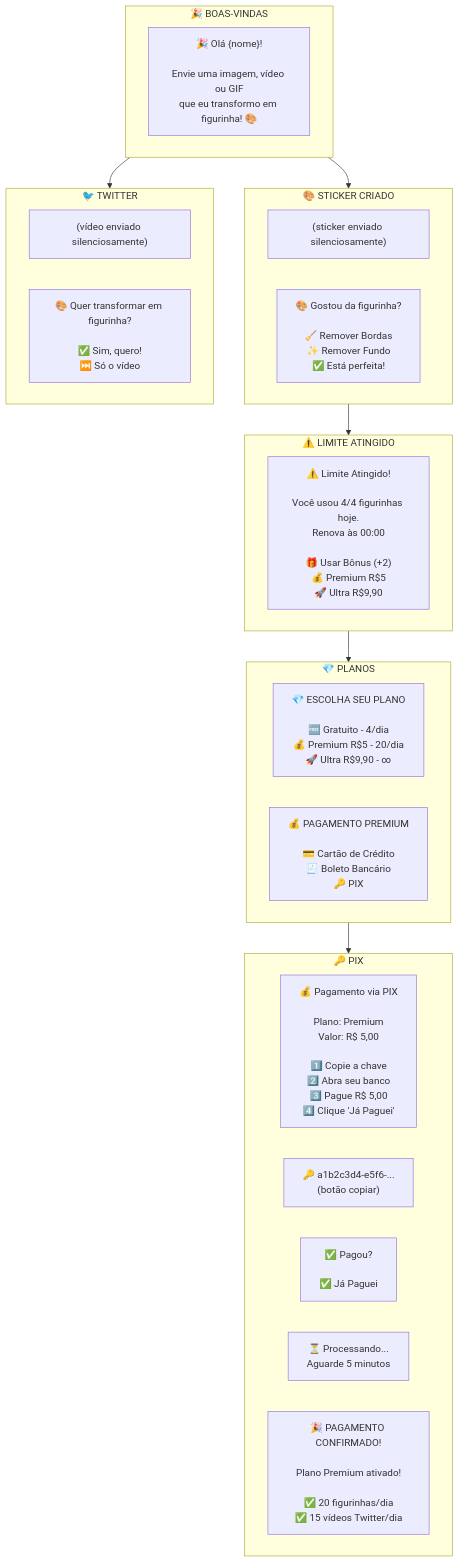
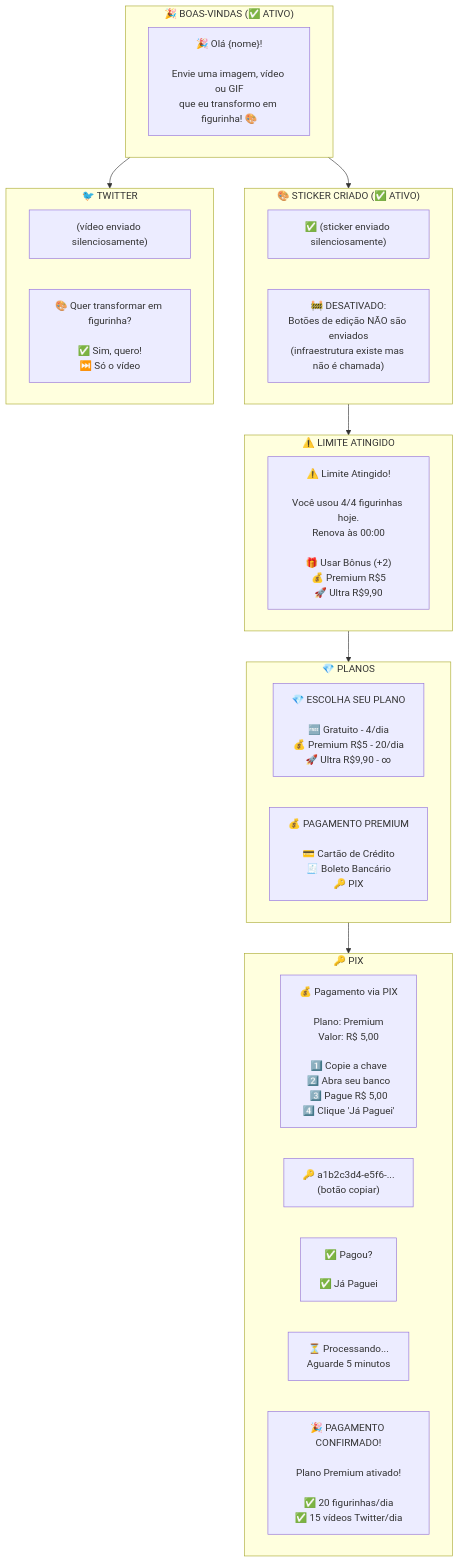
The seventh of 21 diagrams in docs/architecture/FLOWCHARTS.md (reisspaulo/sticker), drawn with Mermaid before and after one commit. The commit also changed other lines of this file, not shown here.

First line of the commit message:
docs: add status indicators to FLOWCHARTS.md (active vs disabled flows)

````diff
--- a/docs/architecture/FLOWCHARTS.md
+++ b/docs/architecture/FLOWCHARTS.md
@@ -344,39 +378,39 @@
 ```mermaid
 flowchart TB
-    subgraph welcome["🎉 BOAS-VINDAS"]
+    subgraph welcome["🎉 BOAS-VINDAS (✅ ATIVO)"]
         W1["🎉 Olá {nome}!<br/><br/>Envie uma imagem, vídeo ou GIF<br/>que eu transformo em figurinha! 🎨"]
     end
 
-    subgraph sticker["🎨 STICKER CRIADO"]
-        S1["(sticker enviado silenciosamente)"]
-        S2["🎨 Gostou da figurinha?<br/><br/>🧹 Remover Bordas<br/>✨ Remover Fundo<br/>✅ Está perfeita!"]
+    subgraph sticker["🎨 STICKER CRIADO (✅ ATIVO)"]
+        S1["✅ (sticker enviado silenciosamente)"]
+        S2["🚧 DESATIVADO:<br/>Botões de edição NÃO são enviados<br/>(infraestrutura existe mas não é chamada)"]
     end
 
     subgraph limit["⚠️ LIMITE ATINGIDO"]
         L1["⚠️ Limite Atingido!<br/><br/>Você usou 4/4 figurinhas hoje.<br/>Renova às 00:00<br/><br/>🎁 Usar Bônus (+2)<br/>💰 Premium R$5<br/>🚀 Ultra R$9,90"]
     end
 
     subgraph plans["💎 PLANOS"]
         P1["💎 ESCOLHA SEU PLANO<br/><br/>🆓 Gratuito - 4/dia<br/>💰 Premium R$5 - 20/dia<br/>🚀 Ultra R$9,90 - ∞"]
         P2["💰 PAGAMENTO PREMIUM<br/><br/>💳 Cartão de Crédito<br/>🧾 Boleto Bancário<br/>🔑 PIX"]
     end
 
     subgraph pix["🔑 PIX"]
         PX1["💰 Pagamento via PIX<br/><br/>Plano: Premium<br/>Valor: R$ 5,00<br/><br/>1️⃣ Copie a chave<br/>2️⃣ Abra seu banco<br/>3️⃣ Pague R$ 5,00<br/>4️⃣ Clique 'Já Paguei'"]
         PX2["🔑 a1b2c3d4-e5f6-...<br/>(botão copiar)"]
         PX3["✅ Pagou?<br/><br/>✅ Já Paguei"]
         PX4["⏳ Processando...<br/>Aguarde 5 minutos"]
         PX5["🎉 PAGAMENTO CONFIRMADO!<br/><br/>Plano Premium ativado!<br/><br/>✅ 20 figurinhas/dia<br/>✅ 15 vídeos Twitter/dia"]
     end
 
     subgraph twitter["🐦 TWITTER"]
         T1["(vídeo enviado silenciosamente)"]
         T2["🎨 Quer transformar em figurinha?<br/><br/>✅ Sim, quero!<br/>⏭️ Só o vídeo"]
     end
 
     welcome --> sticker
     sticker --> limit
     limit --> plans
     plans --> pix
     welcome --> twitter
 ```
````
